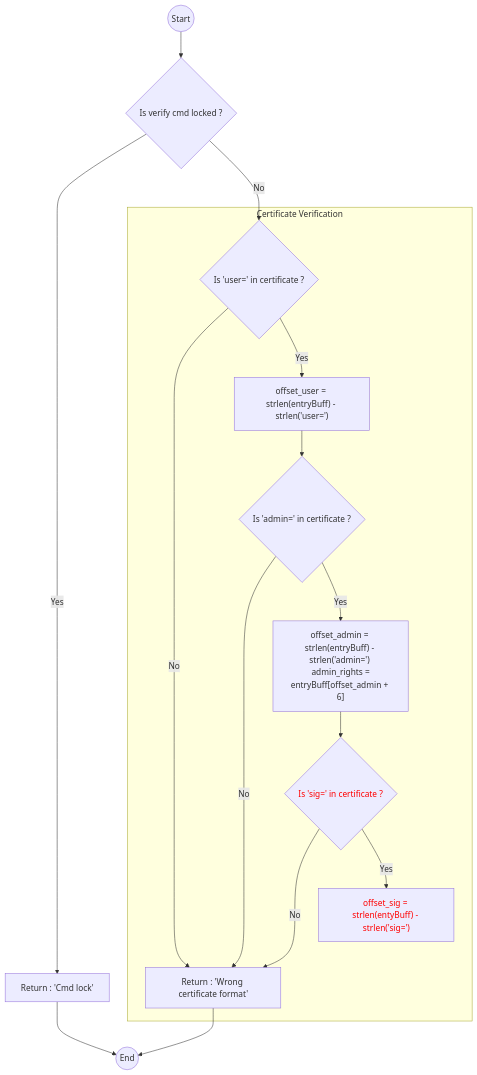
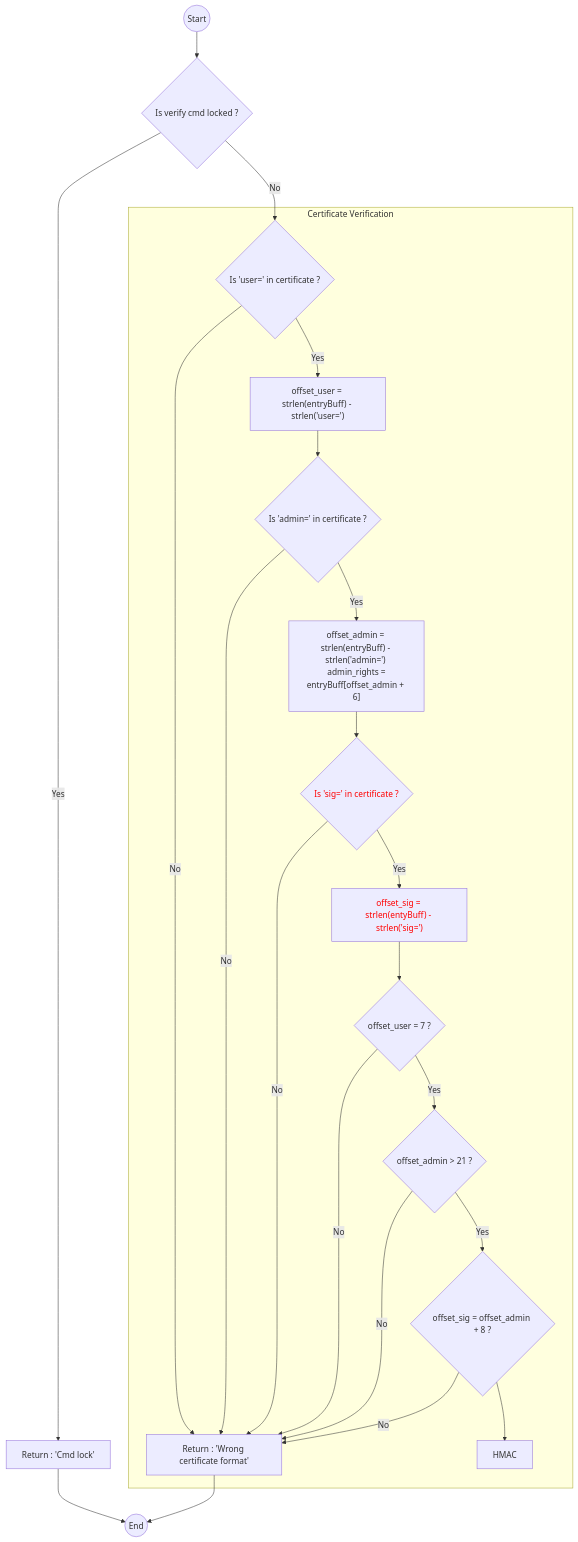
Before and after one commit to younrx/CTF_Irek1: the diagram in README.md, drawn with Mermaid.

````diff
--- a/README.md
+++ b/README.md
@@ -180,39 +180,55 @@
 ```mermaid
 flowchart TD
   Start((Start))
   %% ----- MAIN CHECK -----
   %% Boxes
   VerifyCmdCheck{"Is verify cmd locked ?"}
   PrintCmdIsLocked["Return : 'Cmd lock'"]
   %% Links
   Start --> VerifyCmdCheck
   VerifyCmdCheck -->|Yes| PrintCmdIsLocked
   VerifyCmdCheck -->|No| CheckSubstrUsr
 
   %% ----- CERTIFICATE VERIFICATION -----
   subgraph Certificate Verification
+  %% -- Substring identification --
   %% Boxes
   CheckSubstrUsr{"Is 'user=' in certificate ?"}
   SaveOfstUsr["offset_user = strlen(entryBuff) - strlen('user=')"]
   CheckSubstrAdm{"Is 'admin=' in certificate ?"}
   SaveOfstAdm["offset_admin = strlen(entryBuff) - strlen('admin=') \n admin_rights = entryBuff[offset_admin + 6]"]
   CheckSubstrSig{"Is 'sig=' in certificate ?"}
   SaveOfstSig["offset_sig = strlen(entyBuff) - strlen('sig=')"]
   PrintWrCertFormat["Return : 'Wrong certificate format'"]
   %% Links
   CheckSubstrUsr -->|No| PrintWrCertFormat
   CheckSubstrUsr -->|Yes| SaveOfstUsr --> CheckSubstrAdm
   CheckSubstrAdm -->|No| PrintWrCertFormat
   CheckSubstrAdm -->|Yes| SaveOfstAdm --> CheckSubstrSig
-  CheckSubstrSig --->|No| PrintWrCertFormat
-  CheckSubstrSig -->|Yes| SaveOfstSig
+  CheckSubstrSig -->|No| PrintWrCertFormat
+  CheckSubstrSig -->|Yes| SaveOfstSig --> CheckOfstUsr
+  %% -- Check offset values --
+  %% Boxes
+  CheckOfstUsr{"offset_user = 7 ?"}
+  CheckOfstAdm{"offset_admin > 21 ?"}
+  CheckOfstSig{"offset_sig = offset_admin + 8 ?"}
+  %% Links
+  CheckOfstUsr -->|No| PrintWrCertFormat
+  CheckOfstUsr -->|Yes| CheckOfstAdm
+  CheckOfstAdm -->|No| PrintWrCertFormat
+  CheckOfstAdm -->|Yes| CheckOfstSig --> HMAC
+  CheckOfstSig -->|No| PrintWrCertFormat
+  %% -- HMAC --
+  %% Boxes
+  HMAC["HMAC"]
+  %% Links
   end
 
   End((End))
   PrintCmdIsLocked --> End
   PrintWrCertFormat --> End
 
   %% Styles
   style CheckSubstrSig color:#ff0000
   style SaveOfstSig color:#ff0000
 ```
````
